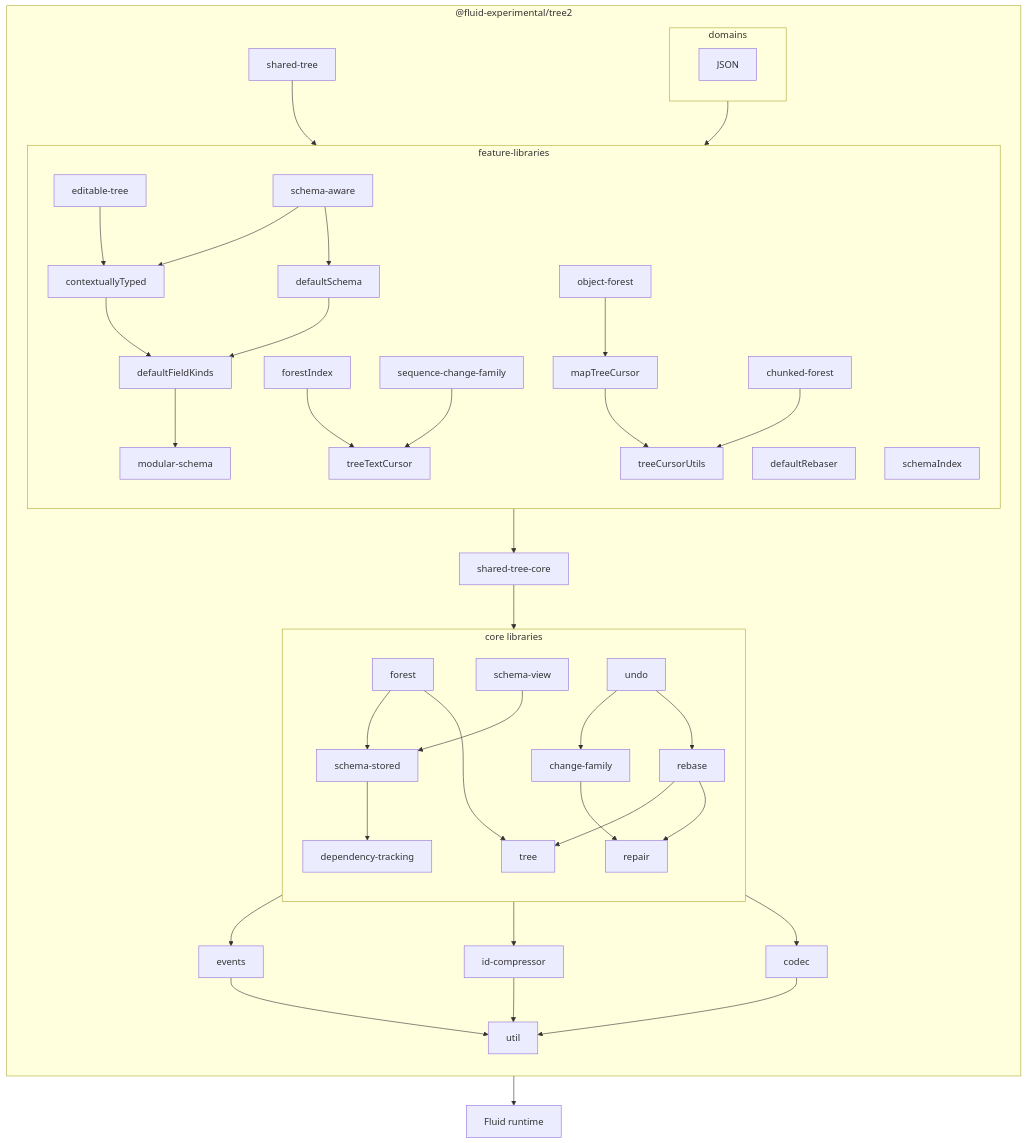
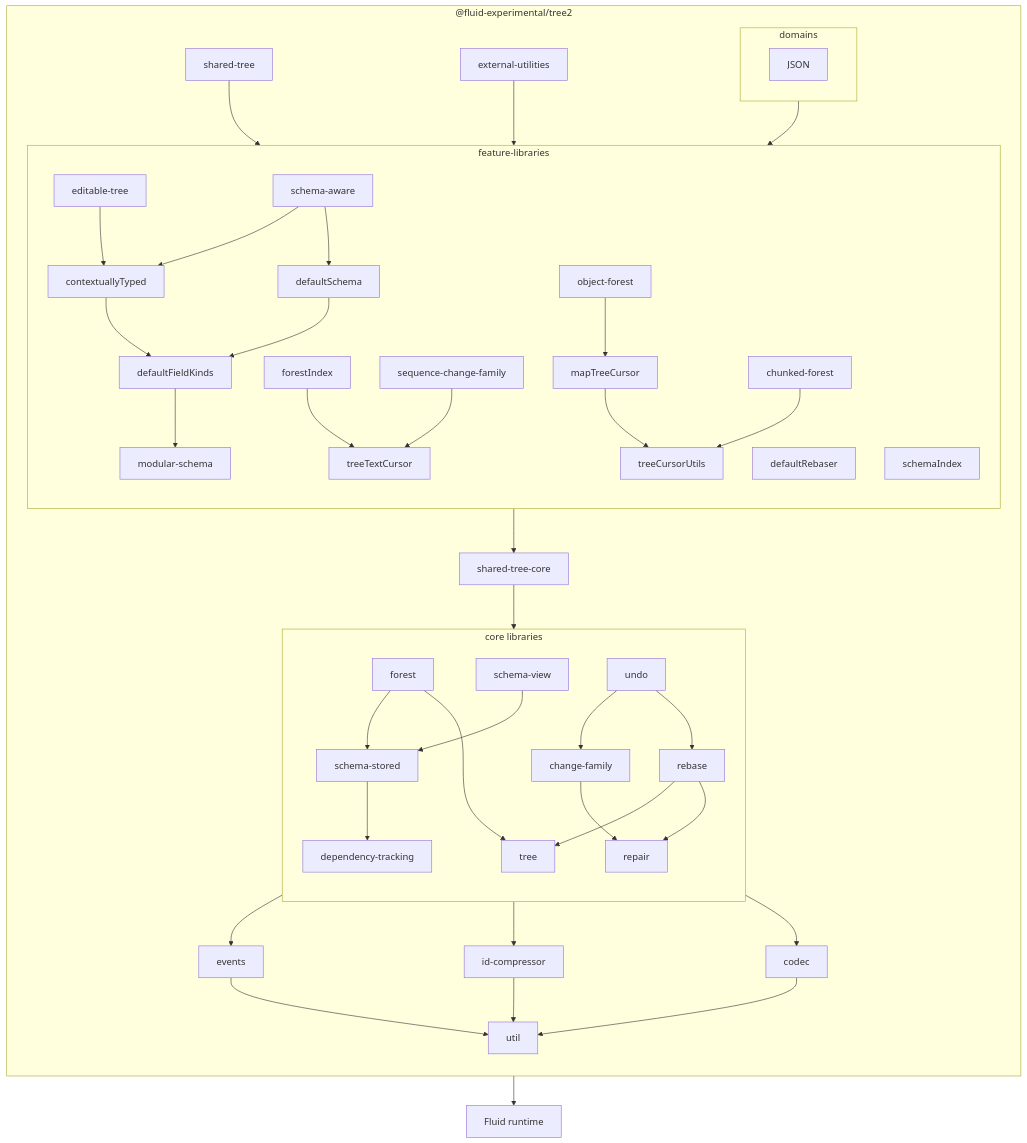
One commit to microsoft/FluidFramework changed the sixth of 6 diagrams in experimental/dds/tree2/README.md. Above: the diagram before and after it, drawn with Mermaid.

Commit message:
Include external-utilities in arch diagram

````diff
--- a/experimental/dds/tree2/README.md
+++ b/experimental/dds/tree2/README.md
@@ -318,46 +318,47 @@
 ```mermaid
 flowchart
     direction TB
     subgraph package ["@fluid-experimental/tree2"]
         direction TB
         subgraph core ["core libraries"]
             direction TB
             forest-->schema-stored
             rebase-->tree
             change-family-->repair
             rebase-->repair
             schema-stored-->dependency-tracking
             schema-view-->schema-stored
             dependency-tracking
             forest-->tree
             undo-->change-family
             undo-->rebase
         end
         core-->events-->util
         core-->id-compressor-->util
         core-->codec-->util
         feature-->shared-tree-core
         shared-tree-core-->core
         shared-tree-->feature
+        external-utilities-->feature
         subgraph feature ["feature-libraries"]
             direction TB
             editable-tree-->contextuallyTyped
             defaultRebaser
             contextuallyTyped-->defaultFieldKinds
             defaultSchema-->defaultFieldKinds-->modular-schema
             forestIndex-->treeTextCursor
             schema-aware-->defaultSchema
             schema-aware-->contextuallyTyped
             modular-schema
             object-forest-->mapTreeCursor-->treeCursorUtils
             chunked-forest-->treeCursorUtils
             schemaIndex
             sequence-change-family-->treeTextCursor
         end
         subgraph domains
             JSON
         end
         domains-->feature
     end
     package-->runtime["Fluid runtime"]
 ```
````
